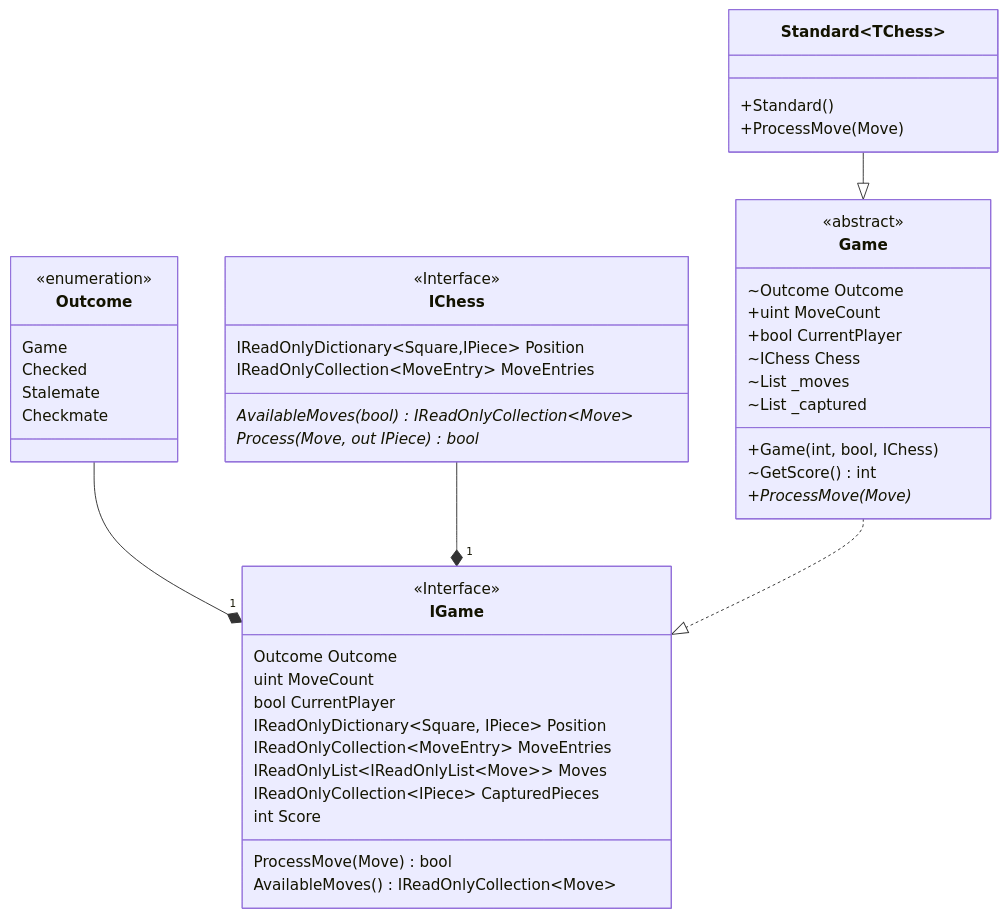
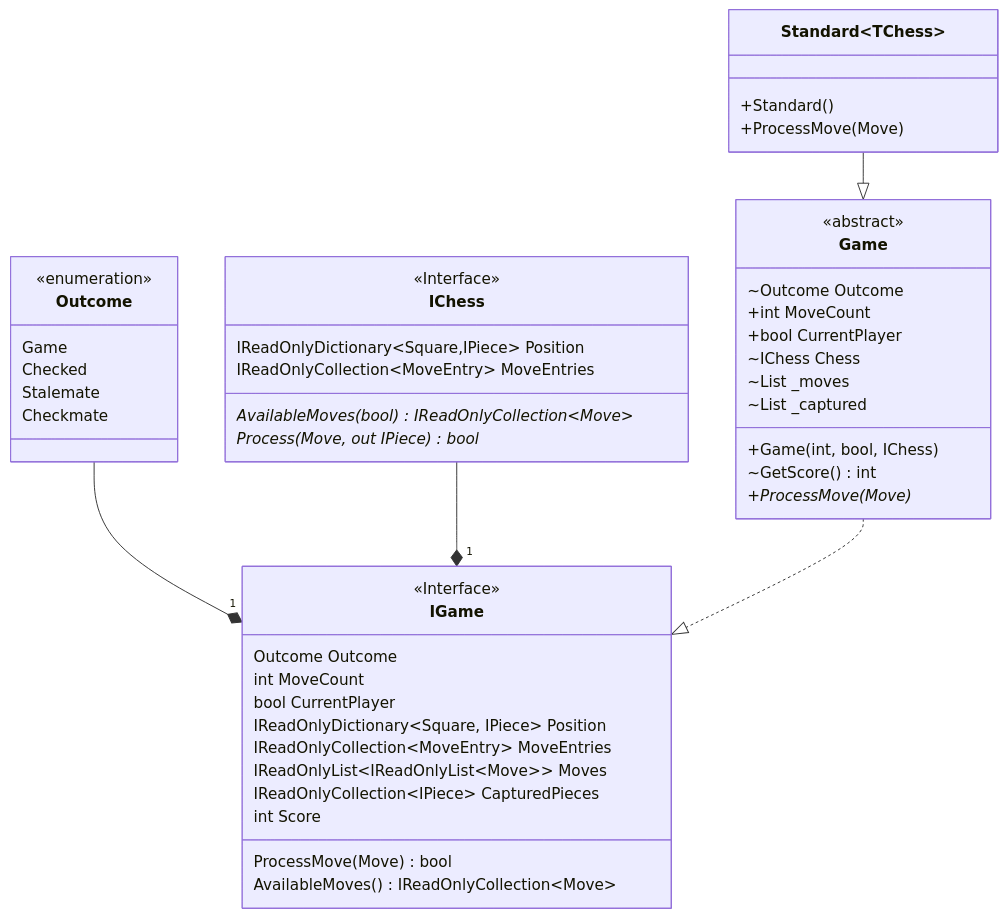
Before and after one commit to JeanLColombo/Mate: diagram 12 of 17 in README.md, drawn with Mermaid. The commit also changed 6 other files, not shown here.

````diff
--- a/README.md
+++ b/README.md
@@ -240,50 +240,50 @@
 ```mermaid
     classDiagram
     class Outcome{
         <<enumeration>>
         Game
         Checked
         Stalemate
         Checkmate
     }
     class IChess{
         <<Interface>>
         IReadOnlyDictionary~Square,IPiece~ Position
         IReadOnlyCollection~MoveEntry~ MoveEntries
         AvailableMoves(bool)* IReadOnlyCollection~Move~
         Process(Move, out IPiece)* bool
     }
     class IGame{
         <<Interface>>
         Outcome Outcome
-        uint MoveCount
+        int MoveCount
         bool CurrentPlayer
         IReadOnlyDictionary~Square, IPiece~ Position
         IReadOnlyCollection~MoveEntry~ MoveEntries
         IReadOnlyList~IReadOnlyList~Move~~ Moves
         IReadOnlyCollection~IPiece~ CapturedPieces
         int Score
         ProcessMove(Move) bool
         AvailableMoves() IReadOnlyCollection~Move~
     }
     class Game{
         <<abstract>>
         ~Outcome Outcome
-        +uint MoveCount
+        +int MoveCount
         +bool CurrentPlayer
         ~IChess Chess
         ~List _moves
         ~List _captured
         +Game(int, bool, IChess)
         ~GetScore() int
         +ProcessMove(Move)*
     }
     class Standard~TChess~{
         +Standard()
         +ProcessMove(Move)
     }
     Outcome --* "1" IGame
     IChess --* "1" IGame
     Game ..|> IGame
     Standard~TChess~ --|> Game
 ```
````
